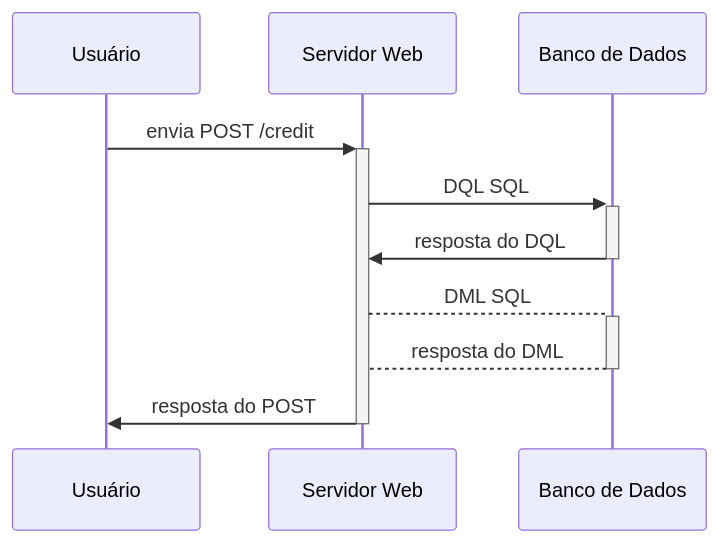
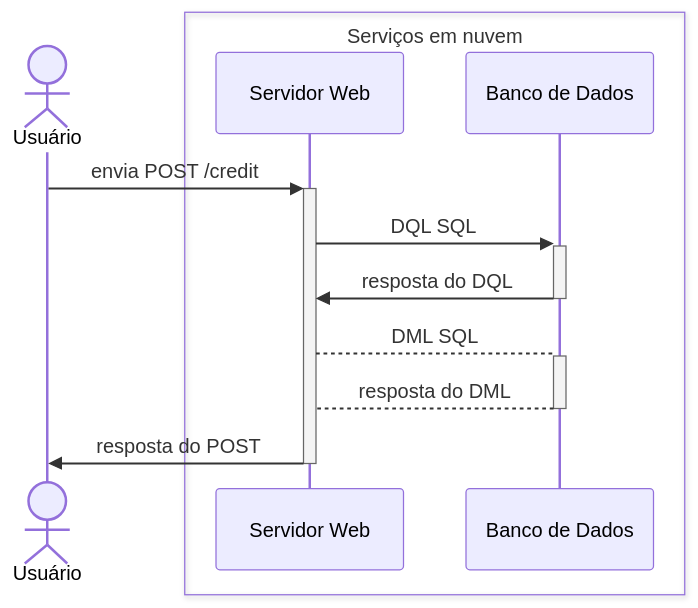
The second of 8 diagrams in v2/README.md (feira-de-jogos/feira-de-jogos), drawn with Mermaid before and after one commit. The commit also changed other lines of this file, not shown here.

````diff
--- a/v2/README.md
+++ b/v2/README.md
@@ -50,9 +56,15 @@
 ```mermaid
 sequenceDiagram
+  actor Usuário
+  box Serviços em nuvem
+    participant Servidor Web
+    participant Banco de Dados
+  end
+
   Usuário ->>+ Servidor Web: envia POST /credit
   Servidor Web ->>+ Banco de Dados: DQL SQL
   Banco de Dados ->>- Servidor Web: resposta do DQL
   Servidor Web -->+ Banco de Dados: DML SQL
   Banco de Dados -->- Servidor Web: resposta do DML
   Servidor Web ->>- Usuário: resposta do POST
 ``` 
````
